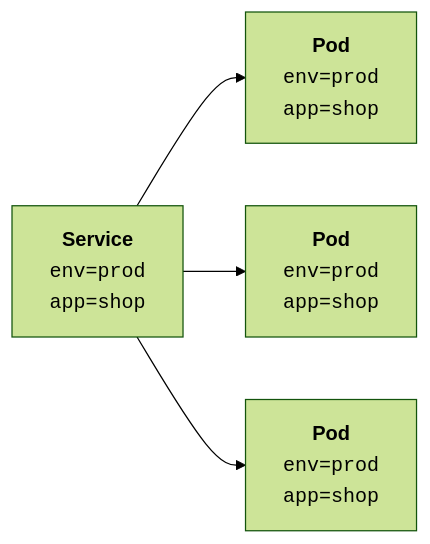
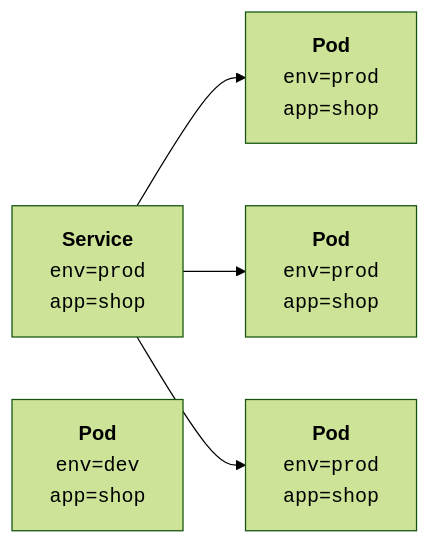
Before and after one commit to Braundo/kubernetes-guide: the second of 3 diagrams in docs/services.md, drawn with Mermaid (forest theme).

````diff
--- a/docs/services.md
+++ b/docs/services.md
@@ -33,6 +33,7 @@
 ``` mermaid
 flowchart LR
     SVC[<b>Service</b><tt><br>env=prod<br>app=shop] --> Pod1[<b>Pod</b><tt><br>env=prod<br>app=shop]
     SVC --> Pod2[<b>Pod</b><tt><br>env=prod<br>app=shop]
     SVC --> Pod3[<b>Pod</b><tt><br>env=prod<br>app=shop]
+Pod4[<b>Pod</b><tt><br>env=dev<br>app=shop]
 ```
````
